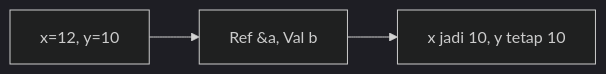
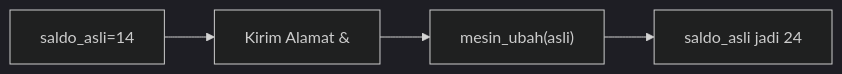
Diagram 11 of 25 in part-c-pemahaman-cpp/04-fungsi/latihan/set-07.md (amnahwaida/OSNK_INF_PREP), drawn with Mermaid (dark theme) before and after one commit. The commit also changed other lines of this file and 71 other files, not shown here.

````diff
--- a/part-c-pemahaman-cpp/04-fungsi/latihan/set-07.md
+++ b/part-c-pemahaman-cpp/04-fungsi/latihan/set-07.md
@@ -284,5 +301,6 @@
 ```mermaid
 graph LR
-A["x=12, y=10"] --> B["Ref &a, Val b"]
-B --> C["x jadi 10, y tetap 10"]
+A["saldo_asli=14"] --> B["Kirim Alamat &"]
+B --> C["mesin_ubah(asli)"]
+C --> D["saldo_asli jadi 24"]
 ```
````
